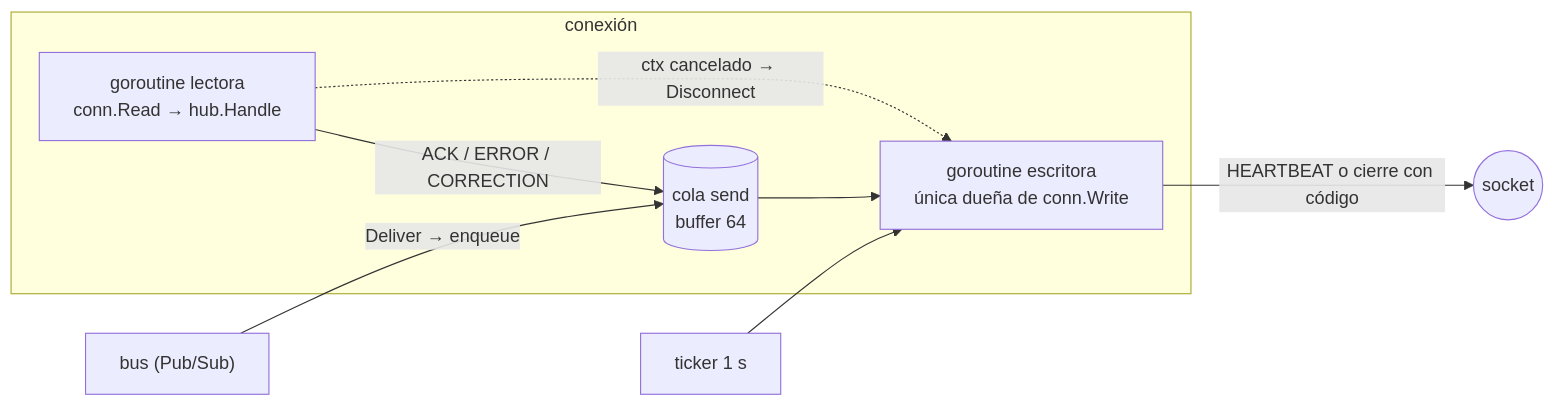
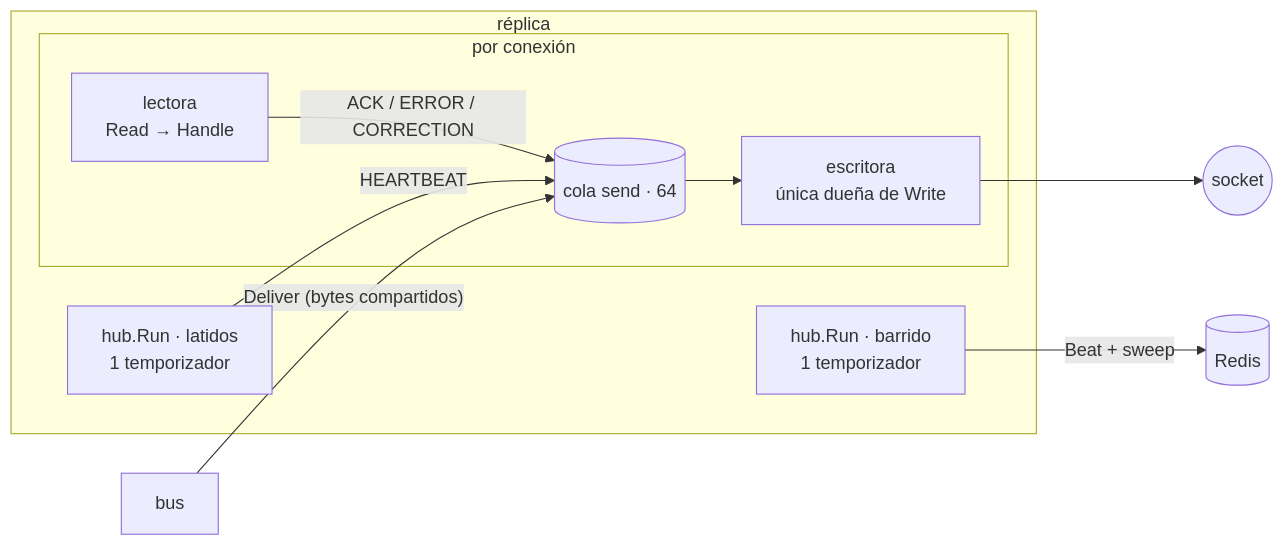
Before and after one commit to N1ghtlyC0de/TINT: diagram 16 of 17 in docs/dominio-reproduccion.md, drawn with Mermaid. The commit also changed other lines of this file and 2 other files, not shown here.

````diff
--- a/docs/dominio-reproduccion.md
+++ b/docs/dominio-reproduccion.md
@@ -481,14 +623,17 @@
 ```mermaid
 flowchart LR
-    subgraph conexión
-        L["goroutine lectora<br/>conn.Read → hub.Handle"]
-        W["goroutine escritora<br/>única dueña de conn.Write"]
-        Q[("cola send<br/>buffer 64")]
+    subgraph réplica
+        RUN1["hub.Run · latidos<br/>1 temporizador"]
+        RUN2["hub.Run · barrido<br/>1 temporizador"]
+        subgraph "por conexión"
+            L["lectora<br/>Read → Handle"]
+            Q[("cola send · 64")]
+            W["escritora<br/>única dueña de Write"]
+        end
     end
-    BUS["bus (Pub/Sub)"] -- "Deliver → enqueue" --> Q
+    RUN1 -- HEARTBEAT --> Q
+    BUS["bus"] -- "Deliver (bytes compartidos)" --> Q
     L -- "ACK / ERROR / CORRECTION" --> Q
-    Q --> W
-    TK["ticker 1 s"] --> W
-    W -- "HEARTBEAT o cierre con código" --> Socket(("socket"))
-    L -. "ctx cancelado → Disconnect" .-> W
+    Q --> W --> S(("socket"))
+    RUN2 -- "Beat + sweep" --> R[("Redis")]
 ```
````
